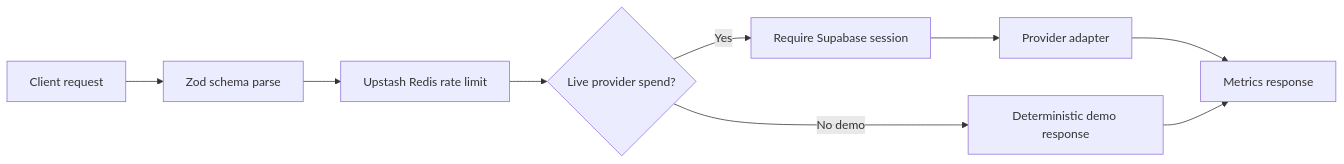
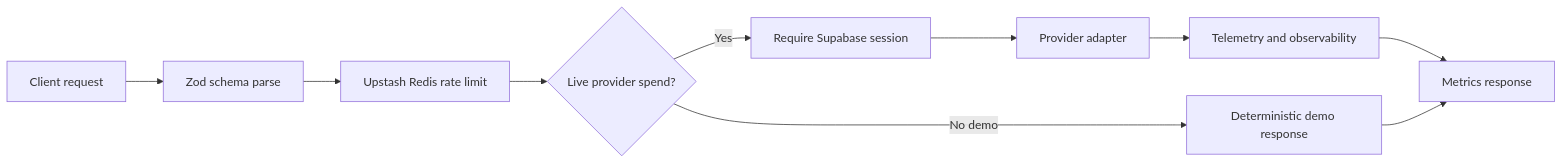
The fourth of 4 diagrams in docs/ARCHITECTURE.md (obone410/AI-Prompt-Management-Platform), drawn with Mermaid before and after one commit. The commit also changed other lines of this file and 19 other files, not shown here.

````diff
--- a/docs/ARCHITECTURE.md
+++ b/docs/ARCHITECTURE.md
@@ -88,11 +107,12 @@
 ```mermaid
 flowchart LR
   Request["Client request"] --> Parse["Zod schema parse"]
   Parse --> Limit["Upstash Redis rate limit"]
   Limit --> Session{"Live provider spend?"}
   Session -->|Yes| Auth["Require Supabase session"]
   Session -->|No demo| Demo["Deterministic demo response"]
   Auth --> Adapter["Provider adapter"]
-  Adapter --> Response["Metrics response"]
+  Adapter --> Telemetry["Telemetry and observability"]
+  Telemetry --> Response["Metrics response"]
   Demo --> Response
 ```
````
